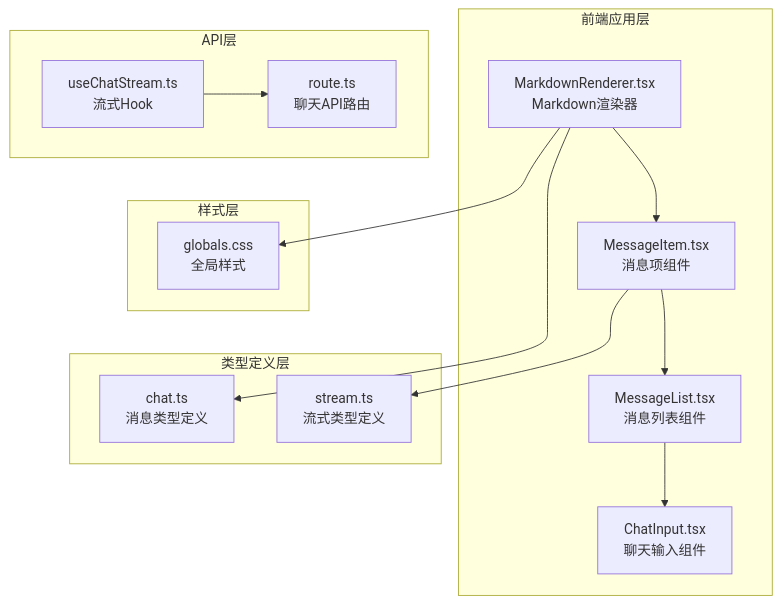
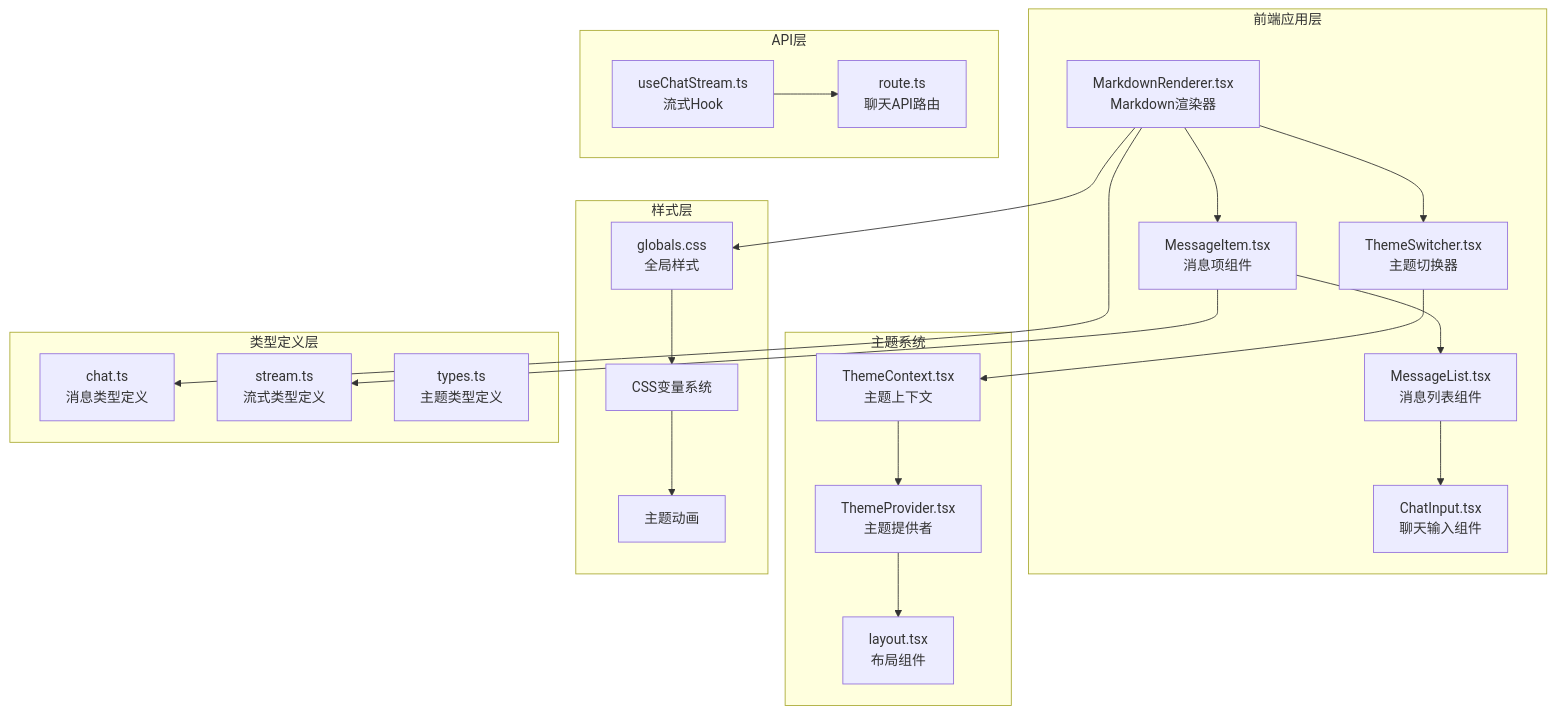
Before and after one commit to CryptoLinxu/Web3-AI-Agent: the first of 9 diagrams in .qoder/repowiki/zh/content/项目概述/整体架构概览/Web应用程序/Markdown渲染功能.md, drawn with Mermaid. The commit also changed other lines of this file and 11 other files, not shown here.

````diff
--- a/.qoder/repowiki/zh/content/项目概述/整体架构概览/Web应用程序/Markdown渲染功能.md
+++ b/.qoder/repowiki/zh/content/项目概述/整体架构概览/Web应用程序/Markdown渲染功能.md
@@ -37,27 +51,42 @@
 ```mermaid
 graph TB
 subgraph "前端应用层"
 A[MarkdownRenderer.tsx<br/>Markdown渲染器]
 B[MessageItem.tsx<br/>消息项组件]
 C[MessageList.tsx<br/>消息列表组件]
 D[ChatInput.tsx<br/>聊天输入组件]
+E[ThemeSwitcher.tsx<br/>主题切换器]
 end
-subgraph "类型定义层"
-E[chat.ts<br/>消息类型定义]
-F[stream.ts<br/>流式类型定义]
-end
-subgraph "API层"
-G[route.ts<br/>聊天API路由]
-H[useChatStream.ts<br/>流式Hook]
+subgraph "主题系统"
+F[ThemeContext.tsx<br/>主题上下文]
+G[ThemeProvider.tsx<br/>主题提供者]
+H[layout.tsx<br/>布局组件]
 end
 subgraph "样式层"
 I[globals.css<br/>全局样式]
+J[CSS变量系统]
+K[主题动画]
+end
+subgraph "类型定义层"
+L[chat.ts<br/>消息类型定义]
+M[stream.ts<br/>流式类型定义]
+N[types.ts<br/>主题类型定义]
+end
+subgraph "API层"
+O[route.ts<br/>聊天API路由]
+P[useChatStream.ts<br/>流式Hook]
 end
 A --> B
 B --> C
 C --> D
 A --> E
-B --> F
-H --> G
+E --> F
+F --> G
+G --> H
 A --> I
+I --> J
+J --> K
+A --> L
+B --> M
+P --> O
 ```
````
